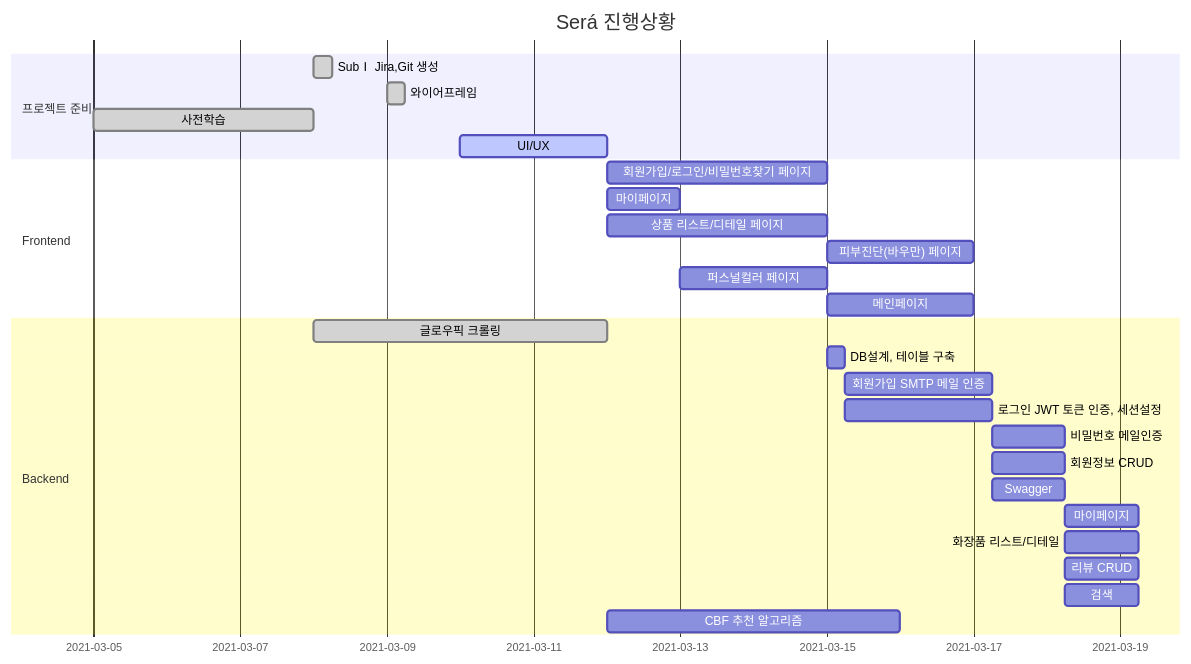
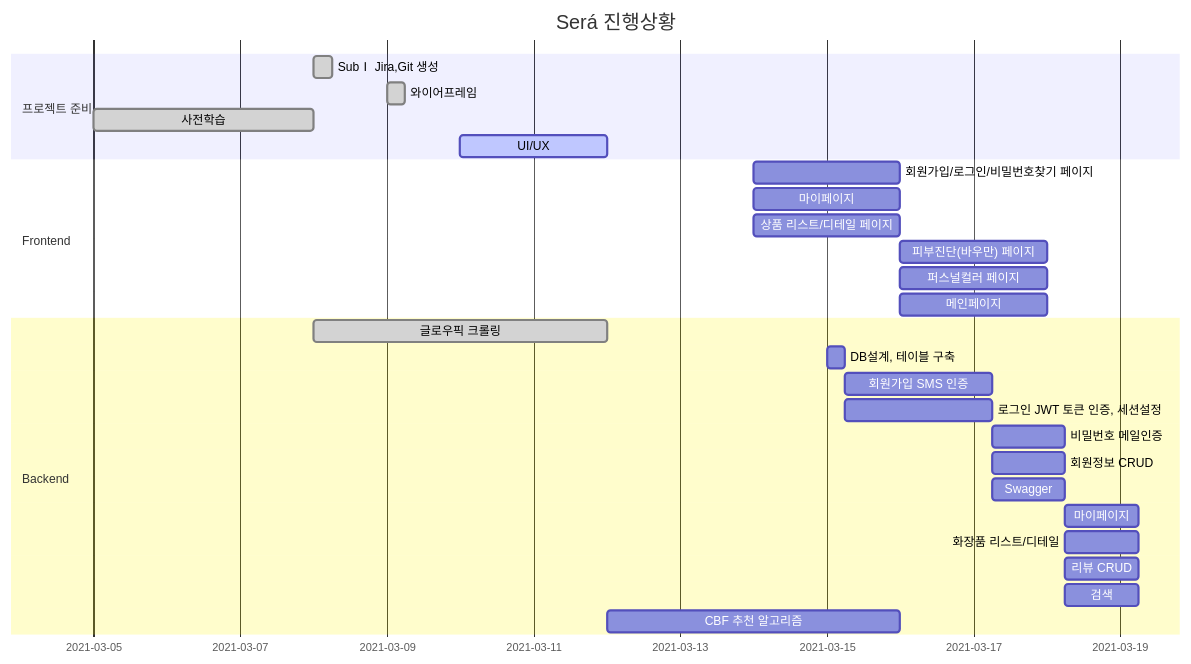
One commit to jihyeong2/PJT-Sera changed the diagram in README.md. Above: the diagram before and after it, drawn with Mermaid. The commit also changed other lines of this file, not shown here.

Commit message:
README_0315 : gantt chart 수정

````diff
--- a/README.md
+++ b/README.md
@@ -32,34 +32,34 @@
 ```mermaid
 gantt
     title Será 진행상황
     dateFormat  YYYY-MM-DD
     section 프로젝트 준비
     SubⅠ Jira,Git 생성  :done, 2021-03-08, 6h
     와이어프레임 : done, 2021-03-09, 6h
     사전학습   :done, 2021-03-05, 3d
     UI/UX   : active,   2021-03-10, 2d
     
 
     section Frontend
-   	회원가입/로그인/비밀번호찾기 페이지 :  t1, 2021-03-12, 3d
-   	마이페이지 :  t2, 2021-03-12, 1d
-   	상품 리스트/디테일 페이지  :  t3, 2021-03-12, 3d
+   	회원가입/로그인/비밀번호찾기 페이지 :  t1, 2021-03-14, 2d
+   	마이페이지 :  t2, 2021-03-14, 2d
+   	상품 리스트/디테일 페이지  :  t3, 2021-03-14, 2d
     피부진단(바우만) 페이지 : t4, after t1,2d
     퍼스널컬러 페이지 : t5, after t2, 2d
     메인페이지 : t6, after t3, 2d
     
     
     section Backend
   	글로우픽 크롤링 : done, b_t1, 2021-03-08, 4d
   	DB설계, 테이블 구축 : b_t2, after 2021-03-12, 6h
-    회원가입 SMTP 메일 인증 : b_t4, after b_t2, 2d
+    회원가입 SMS 인증 : b_t4, after b_t2, 2d
     로그인 JWT 토큰 인증, 세션설정 : b_t5, after b_t2, 2d
     비밀번호 메일인증 : b_t6, after b_t5, 1d
     회원정보 CRUD : b_t7, after b_t4, 1d
     Swagger : b_t8, after b_t4, 1d
     마이페이지 : b_t12, after b_t7, 1d
     화장품 리스트/디테일 : b_t9, after b_t7, 1d
     리뷰 CRUD : b_t10, after b_t7, 1d
     검색 : b_t11, after b_t7, 1d
     CBF 추천 알고리즘 :    b_t3, after b_t1, 4d
 ```
````
